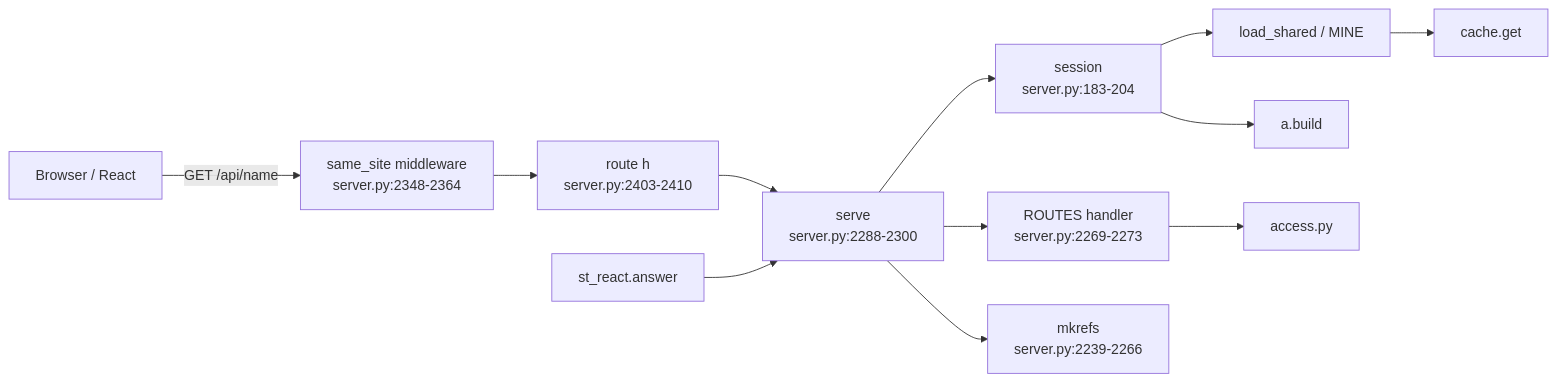
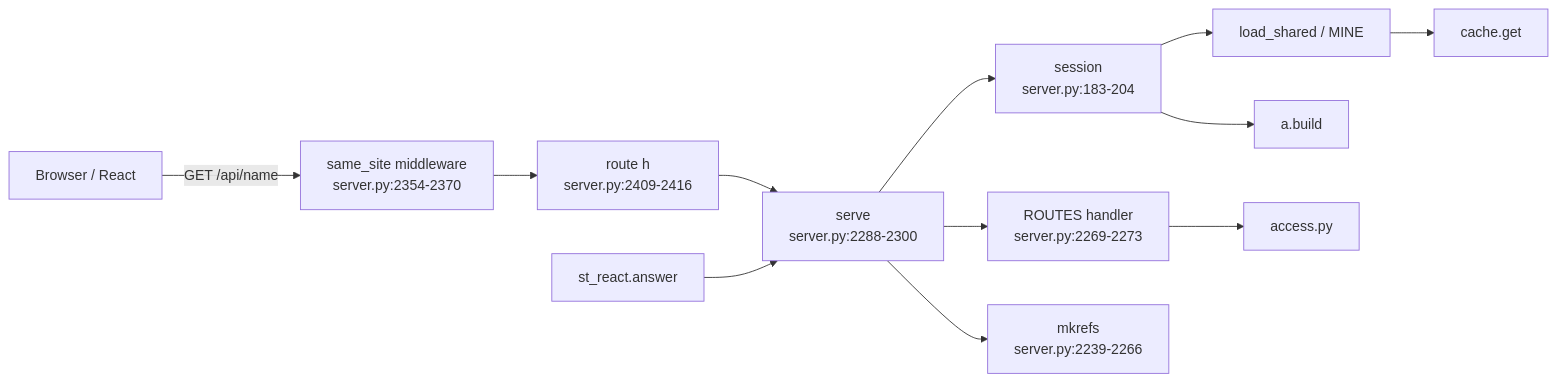
The first of 2 diagrams in snowflake-access-explorer-knowledge-graph/modules/server.md (darshanmeel/snowflake-access-explorer), drawn with Mermaid before and after one commit. The commit also changed other lines of this file and 40 other files, not shown here.

Commit message:
Knowledge graph: CSV=0 setting, table paging (Pager, CsvOn), stale Activity.tsx and test refs fixed

````diff
--- a/snowflake-access-explorer-knowledge-graph/modules/server.md
+++ b/snowflake-access-explorer-knowledge-graph/modules/server.md
@@ -6,14 +6,14 @@
 ```mermaid
 flowchart LR
-  B[Browser / React] -->|GET /api/name| MW[same_site middleware<br/>server.py:2348-2364]
-  MW --> R[route h<br/>server.py:2403-2410]
+  B[Browser / React] -->|GET /api/name| MW[same_site middleware<br/>server.py:2354-2370]
+  MW --> R[route h<br/>server.py:2409-2416]
   R --> SV[serve<br/>server.py:2288-2300]
   SV --> SE[session<br/>server.py:183-204]
   SE --> LS[load_shared / MINE]
   LS --> C[cache.get]
   SE --> AB[a.build]
   SV --> H[ROUTES handler<br/>server.py:2269-2273]
   H --> A[access.py]
   SV --> MK[mkrefs<br/>server.py:2239-2266]
   ST[st_react.answer] --> SV
 ```
````
